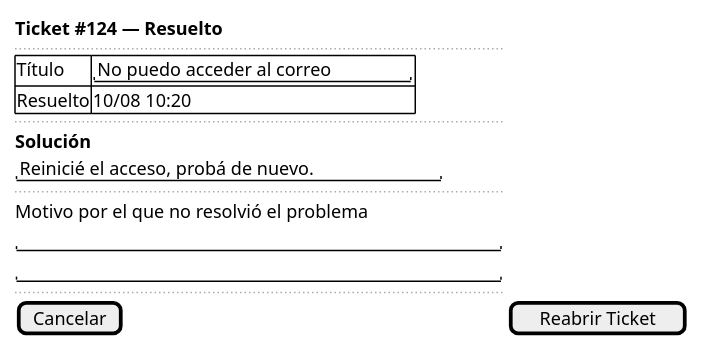
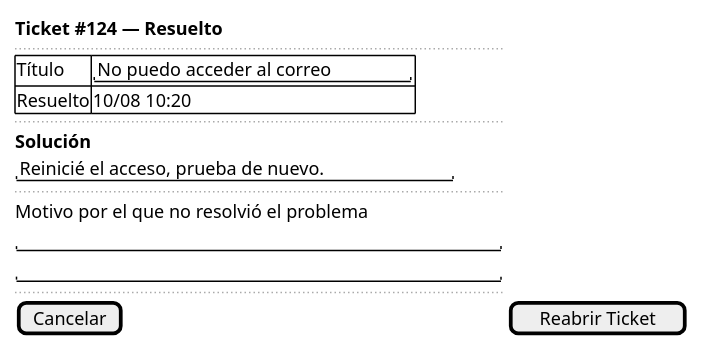
One commit to Dievex/01-HelpDesk changed the diagram in puml/02-fase-elaboracion/especificacion-casos-uso/tickets/UC08-reabrir-ticket-wireframe.puml. Above: the diagram before and after it, drawn with PlantUML. The commit also changed 7 other files, not shown here.

```diff
--- a/puml/02-fase-elaboracion/especificacion-casos-uso/tickets/UC08-reabrir-ticket-wireframe.puml
+++ b/puml/02-fase-elaboracion/especificacion-casos-uso/tickets/UC08-reabrir-ticket-wireframe.puml
@@ -1,19 +1,19 @@
 @startsalt UC08-reabrir-ticket-wireframe
 {
   <b>Ticket #124 — Resuelto
   ..
   {#
     Título     | "No puedo acceder al correo"
     Resuelto   | 10/08 10:20
   }
   ..
   <b>Solución
-  "Reinicié el acceso, probá de nuevo."
+  "Reinicié el acceso, prueba de nuevo."
   ..
   Motivo por el que no resolvió el problema
   "                                        "
   "                                        "
   ..
   [Cancelar] | [Reabrir Ticket]
 }
 @endsalt
```
